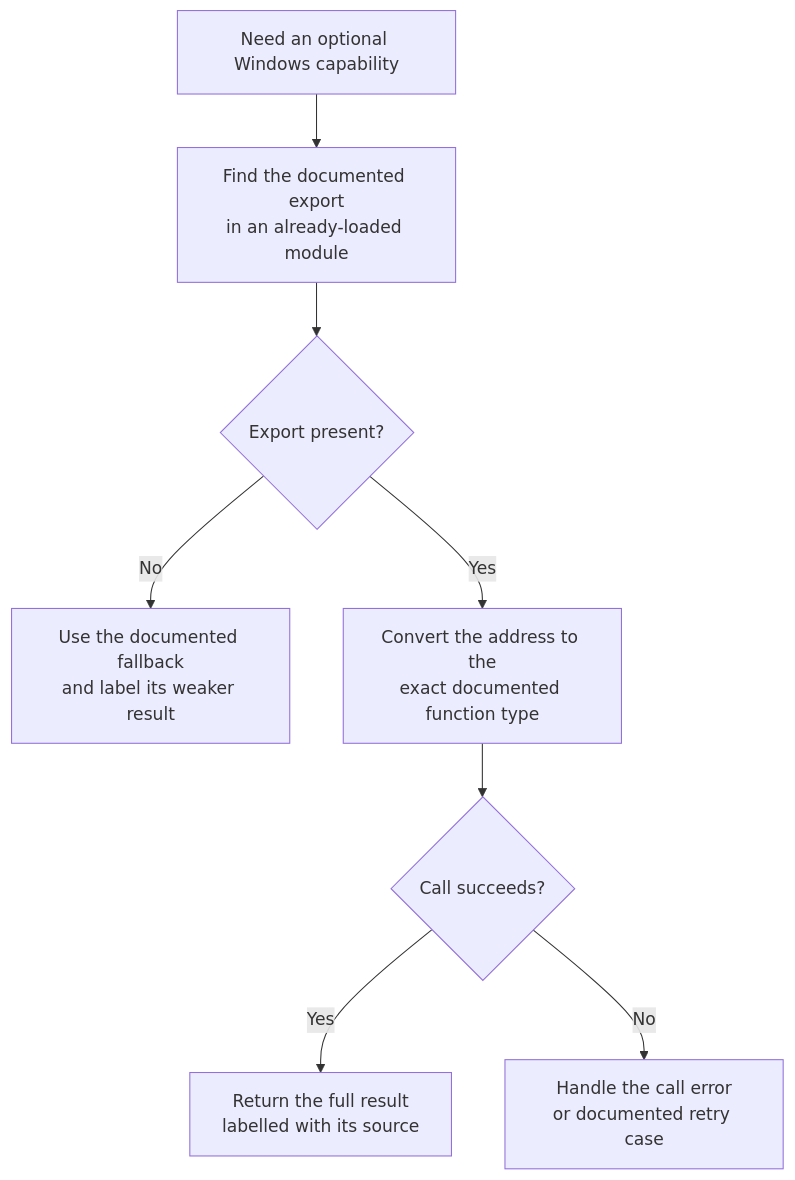
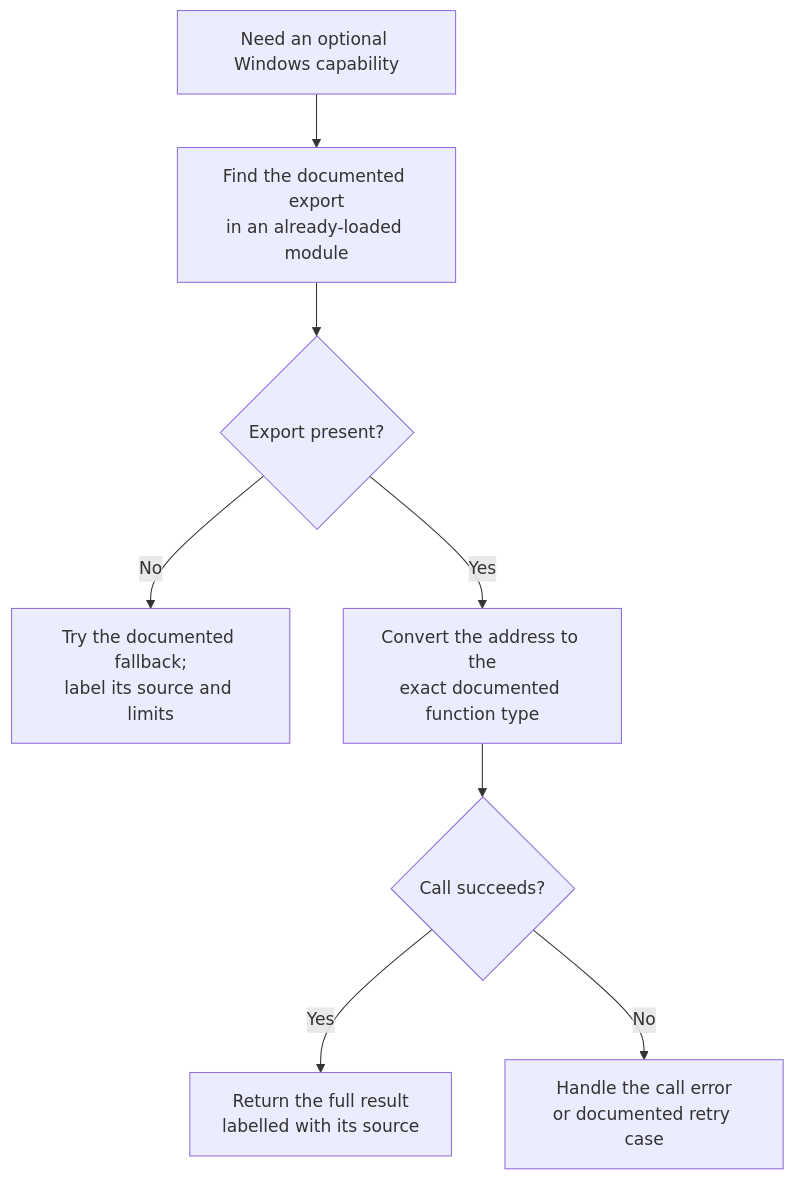
Before and after one commit to MustCodeAl/rust-game-hacking-book: the diagram in site/src/content/docs/pages/11/03.mdx, drawn with Mermaid. The commit also changed other lines of this file and 115 other files, not shown here.

````diff
--- a/site/src/content/docs/pages/11/03.mdx
+++ b/site/src/content/docs/pages/11/03.mdx
@@ -160,10 +164,10 @@
 ```mermaid
 flowchart TD
     A["Need an optional Windows capability"] --> B["Find the documented export<br/>in an already-loaded module"]
     B --> C{"Export present?"}
-    C -- "No" --> F["Use the documented fallback<br/>and label its weaker result"]
+    C -- "No" --> F["Try the documented fallback;<br/>label its source and limits"]
     C -- "Yes" --> D["Convert the address to the<br/>exact documented function type"]
     D --> E{"Call succeeds?"}
     E -- "Yes" --> G["Return the full result<br/>labelled with its source"]
     E -- "No" --> H["Handle the call error<br/>or documented retry case"]
 ```
````
